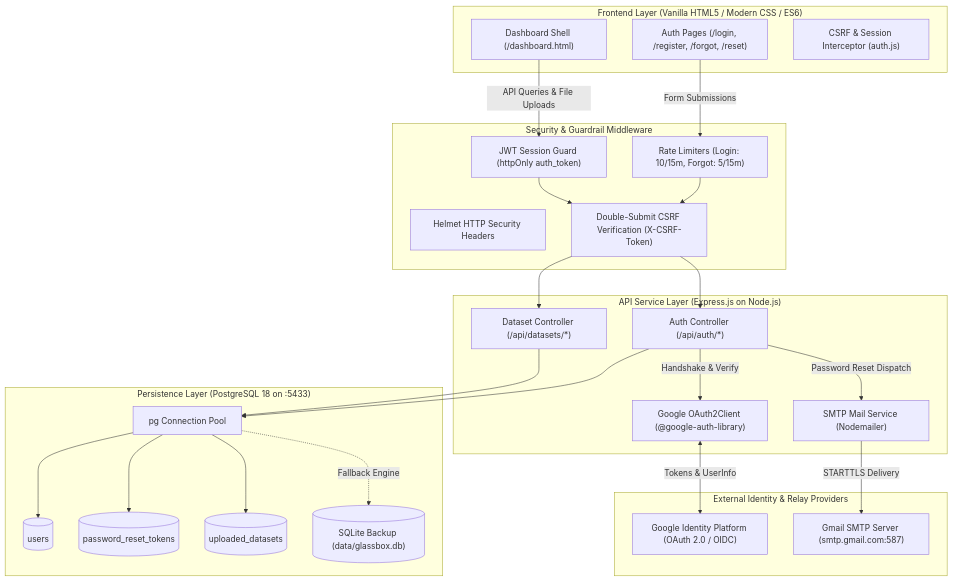
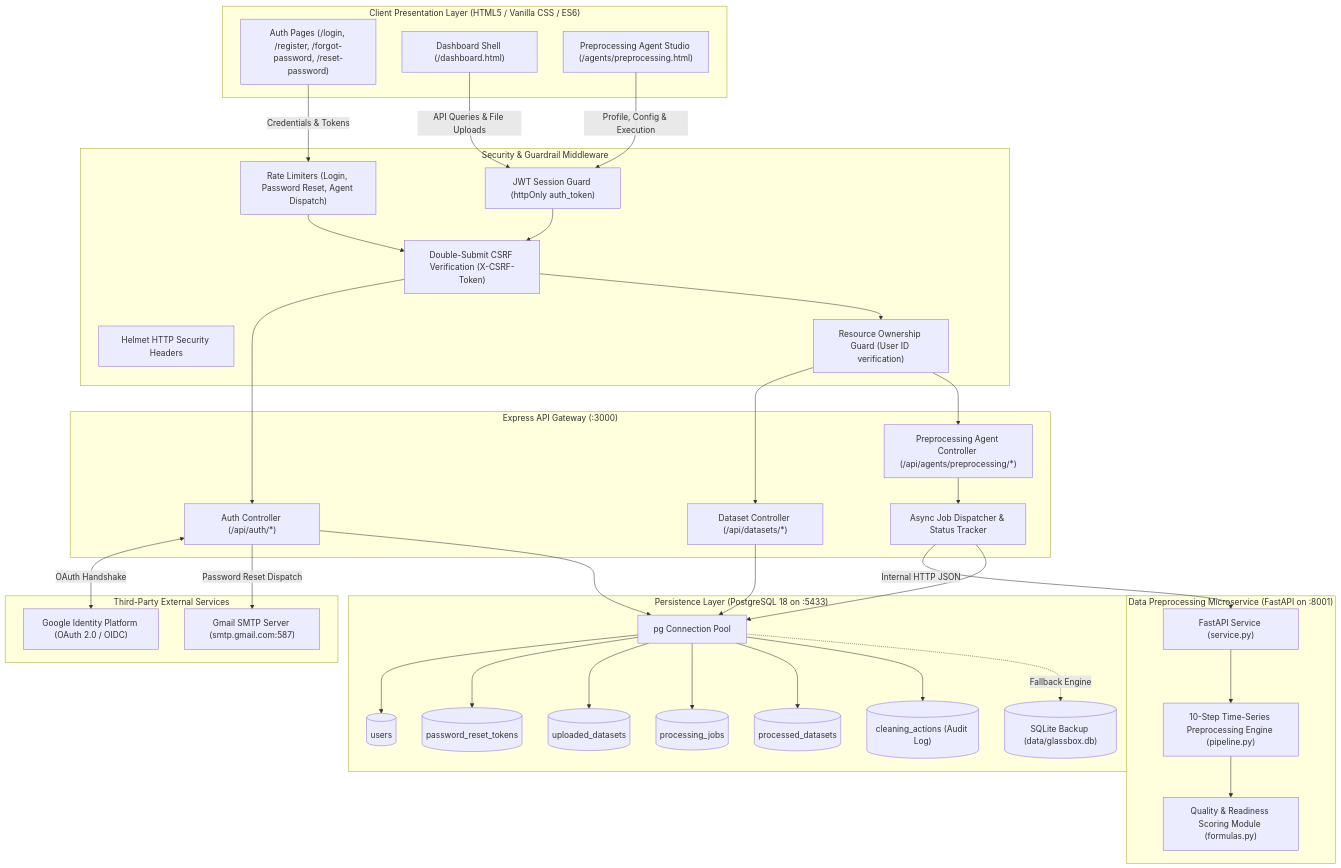
One commit to ManthanBalla/glassbox_bi changed the diagram in README.md. Above: the diagram before and after it, drawn with Mermaid. The commit also changed other lines of this file and 26 other files, not shown here.

Commit message:
Module 1 Data Preprocessing agent has been Implemented

````diff
--- a/README.md
+++ b/README.md
@@ -18,54 +15,76 @@
 ```mermaid
 graph TD
-    subgraph Client ["Frontend Layer (Vanilla HTML5 / Modern CSS / ES6)"]
-        UI_AUTH["Auth Pages (/login, /register, /forgot, /reset)"]
+    subgraph Client ["Client Presentation Layer (HTML5 / Vanilla CSS / ES6)"]
+        UI_AUTH["Auth Pages (/login, /register, /forgot-password, /reset-password)"]
         UI_DASH["Dashboard Shell (/dashboard.html)"]
-        CLIENT_CSRF["CSRF & Session Interceptor (auth.js)"]
+        UI_AGENT["Preprocessing Agent Studio (/agents/preprocessing.html)"]
     end
 
     subgraph Security ["Security & Guardrail Middleware"]
         HELMET["Helmet HTTP Security Headers"]
-        RATE["Rate Limiters (Login: 10/15m, Forgot: 5/15m)"]
+        RATE["Rate Limiters (Login, Password Reset, Agent Dispatch)"]
         CSRF["Double-Submit CSRF Verification (X-CSRF-Token)"]
         JWT_GUARD["JWT Session Guard (httpOnly auth_token)"]
+        OWNER_GUARD["Resource Ownership Guard (User ID verification)"]
     end
 
-    subgraph Server ["API Service Layer (Express.js on Node.js)"]
+    subgraph Gateway ["Express API Gateway (:3000)"]
         AUTH_ROUTER["Auth Controller (/api/auth/*)"]
-        OAUTH_CLIENT["Google OAuth2Client (@google-auth-library)"]
-        MAILER["SMTP Mail Service (Nodemailer)"]
         DATA_ROUTER["Dataset Controller (/api/datasets/*)"]
+        AGENT_PROXY["Preprocessing Agent Controller (/api/agents/preprocessing/*)"]
+        ASYNC_WORKER["Async Job Dispatcher & Status Tracker"]
     end
 
-    subgraph Providers ["External Identity & Relay Providers"]
+    subgraph AgentMicroservice ["Data Preprocessing Microservice (FastAPI on :8001)"]
+        FASTAPI_EP["FastAPI Service (service.py)"]
+        PIPELINE["10-Step Time-Series Preprocessing Engine (pipeline.py)"]
+        SCORING["Quality & Readiness Scoring Module (formulas.py)"]
+    end
+
+    subgraph External ["Third-Party External Services"]
         GOOGLE["Google Identity Platform (OAuth 2.0 / OIDC)"]
         GMAIL["Gmail SMTP Server (smtp.gmail.com:587)"]
     end
 
     subgraph Storage ["Persistence Layer (PostgreSQL 18 on :5433)"]
         PG_POOL["pg Connection Pool"]
         TBL_USERS[("users")]
         TBL_TOKENS[("password_reset_tokens")]
         TBL_DATASETS[("uploaded_datasets")]
+        TBL_JOBS[("processing_jobs")]
+        TBL_PROCESSED[("processed_datasets")]
+        TBL_ACTIONS[("cleaning_actions (Audit Log)")]
         SQLITE_FALLBACK[("SQLite Backup (data/glassbox.db)")]
     end
 
-    UI_AUTH -->|Form Submissions| RATE
+    UI_AUTH -->|Credentials & Tokens| RATE
     RATE --> CSRF
     CSRF --> AUTH_ROUTER
+
     UI_DASH -->|API Queries & File Uploads| JWT_GUARD
+    UI_AGENT -->|Profile, Config & Execution| JWT_GUARD
     JWT_GUARD --> CSRF
-    CSRF --> DATA_ROUTER
+    CSRF --> OWNER_GUARD
+    OWNER_GUARD --> DATA_ROUTER
+    OWNER_GUARD --> AGENT_PROXY
 
-    AUTH_ROUTER -->|Handshake & Verify| OAUTH_CLIENT
-    OAUTH_CLIENT <-->|Tokens & UserInfo| GOOGLE
-    AUTH_ROUTER -->|Password Reset Dispatch| MAILER
-    MAILER -->|STARTTLS Delivery| GMAIL
+    AUTH_ROUTER <-->|OAuth Handshake| GOOGLE
+    AUTH_ROUTER -->|Password Reset Dispatch| GMAIL
+
+    AGENT_PROXY --> ASYNC_WORKER
+    ASYNC_WORKER -->|Internal HTTP JSON| FASTAPI_EP
+    FASTAPI_EP --> PIPELINE
+    PIPELINE --> SCORING
 
     AUTH_ROUTER --> PG_POOL
     DATA_ROUTER --> PG_POOL
+    ASYNC_WORKER --> PG_POOL
+
     PG_POOL --> TBL_USERS
     PG_POOL --> TBL_TOKENS
     PG_POOL --> TBL_DATASETS
+    PG_POOL --> TBL_JOBS
+    PG_POOL --> TBL_PROCESSED
+    PG_POOL --> TBL_ACTIONS
     PG_POOL -.->|Fallback Engine| SQLITE_FALLBACK
 ```
````
